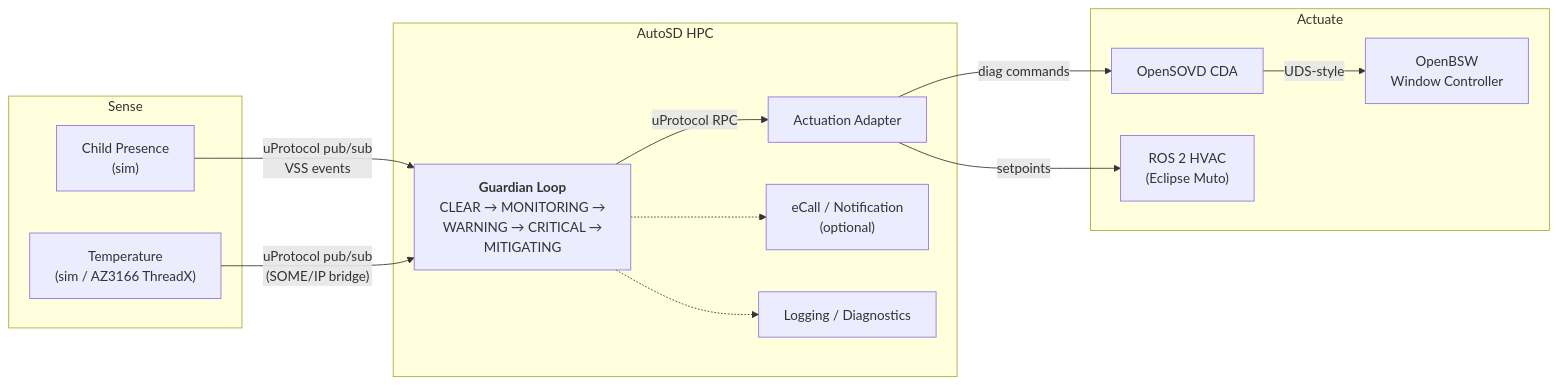
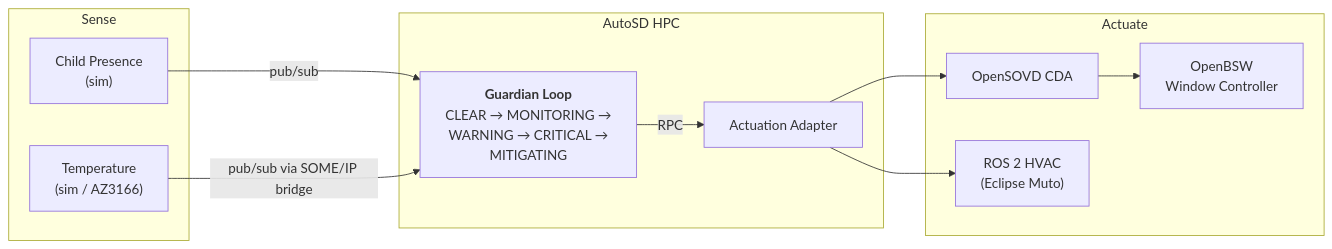
One commit to Eclipse-SDV-Hackathon-Chapter-Four/Bare-Metal-Mafia changed the diagram in README.md. Above: the diagram before and after it, drawn with Mermaid. The commit also changed other lines of this file, not shown here.

````diff
--- a/README.md
+++ b/README.md
@@ -48,29 +114,25 @@
 ```mermaid
 flowchart LR
     subgraph SENSE["Sense"]
         CPS["Child Presence<br/>(sim)"]
-        TMP["Temperature<br/>(sim / AZ3166 ThreadX)"]
+        TMP["Temperature<br/>(sim / AZ3166)"]
     end
 
     subgraph HPC["AutoSD HPC"]
         GL["<b>Guardian Loop</b><br/>CLEAR → MONITORING →<br/>WARNING → CRITICAL →<br/>MITIGATING"]
         AA["Actuation Adapter"]
-        EC["eCall / Notification<br/>(optional)"]
-        LOG["Logging / Diagnostics"]
     end
 
     subgraph ACT["Actuate"]
         CDA["OpenSOVD CDA"]
         WIN["OpenBSW<br/>Window Controller"]
         HVAC["ROS 2 HVAC<br/>(Eclipse Muto)"]
     end
 
-    CPS -->|"uProtocol pub/sub<br/>VSS events"| GL
-    TMP -->|"uProtocol pub/sub<br/>(SOME/IP bridge)"| GL
-    GL -->|"uProtocol RPC"| AA
-    GL -.-> EC
-    GL -.-> LOG
-    AA -->|"diag commands"| CDA
-    AA -->|"setpoints"| HVAC
-    CDA -->|"UDS-style"| WIN
+    CPS -->|"pub/sub"| GL
+    TMP -->|"pub/sub via SOME/IP bridge"| GL
+    GL -->|"RPC"| AA
+    AA --> CDA
+    AA --> HVAC
+    CDA --> WIN
 ```
````
